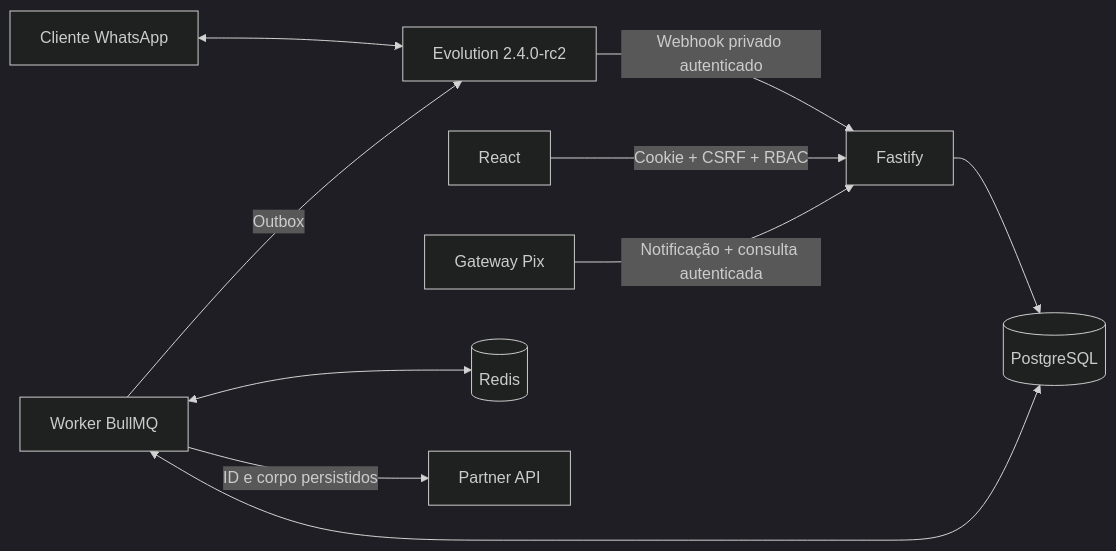
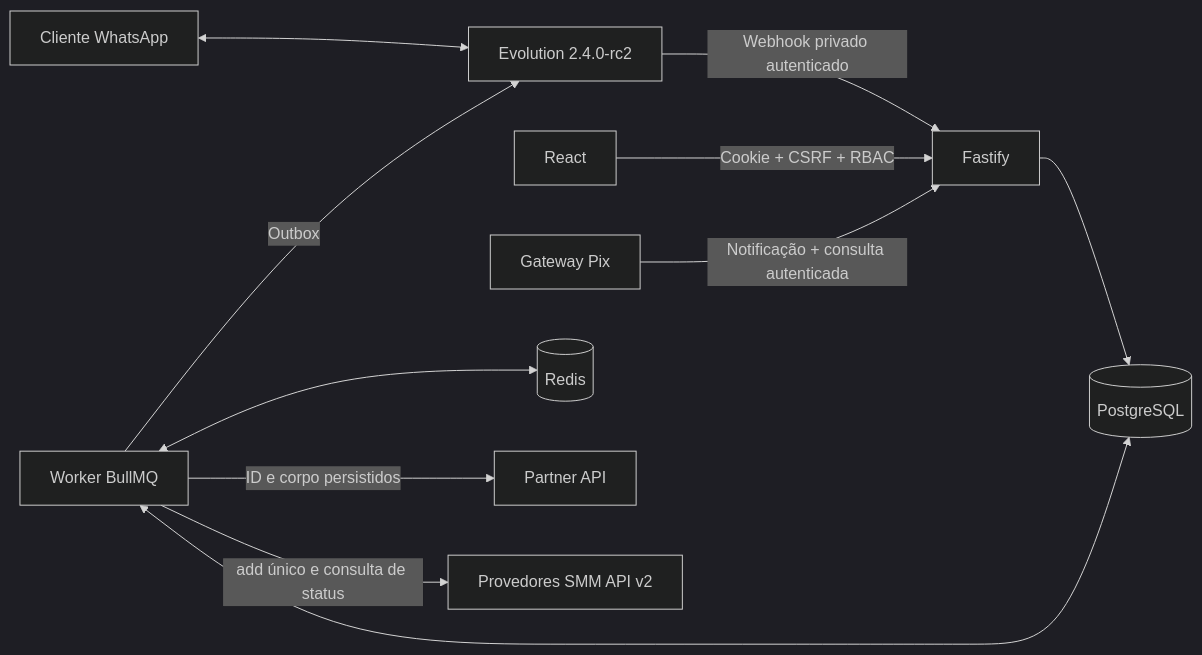
The first of 2 diagrams in docs/ARQUITETURA.md (gilprodz69-lgtm/revenda-whatsapp), drawn with Mermaid (dark theme) before and after one commit. The commit also changed other lines of this file and 5 other files, not shown here.

````diff
--- a/docs/ARQUITETURA.md
+++ b/docs/ARQUITETURA.md
@@ -9,12 +9,13 @@
 ```mermaid
 flowchart LR
   Cliente[Cliente WhatsApp] <--> Evolution[Evolution 2.4.0-rc2]
   Evolution -->|Webhook privado autenticado| API[Fastify]
   Painel[React] -->|Cookie + CSRF + RBAC| API
   Gateway[Gateway Pix] -->|Notificação + consulta autenticada| API
   API --> DB[(PostgreSQL)]
   Worker[Worker BullMQ] <--> DB
   Worker <--> Redis[(Redis)]
   Worker -->|ID e corpo persistidos| Partner[Partner API]
+  Worker -->|add único e consulta de status| SMM[Provedores SMM API v2]
   Worker -->|Outbox| Evolution
 ```
````
